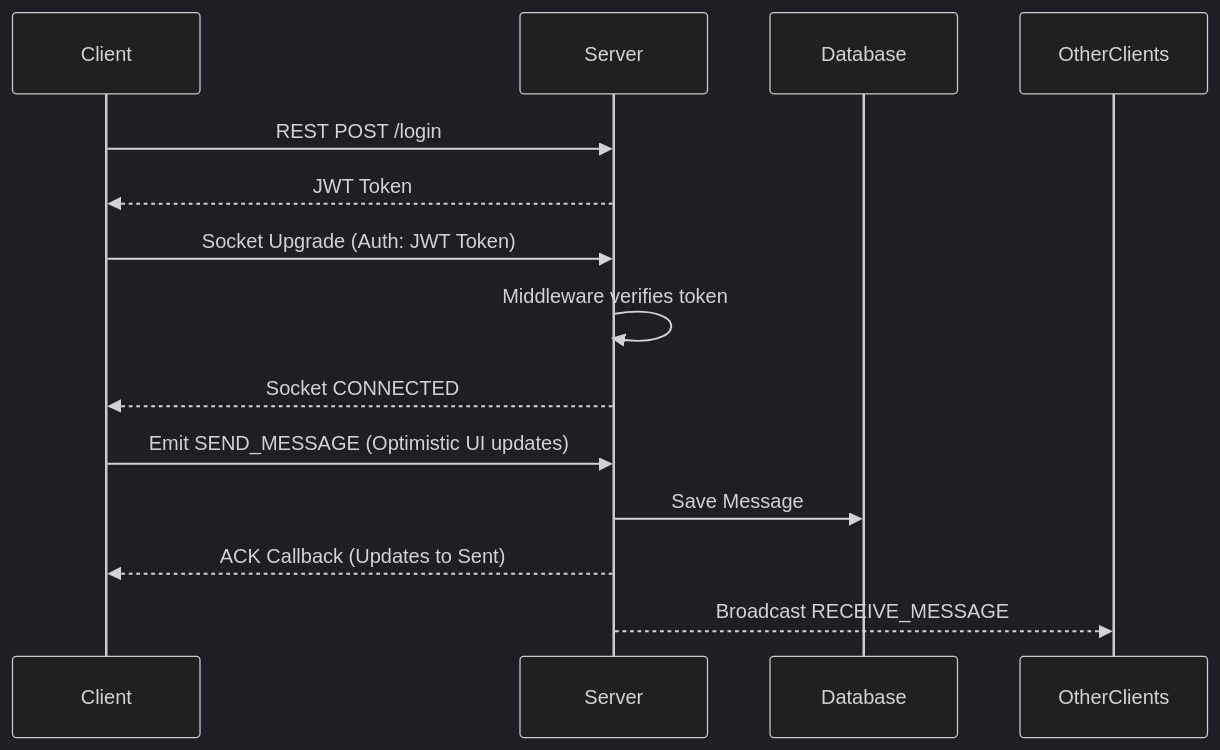
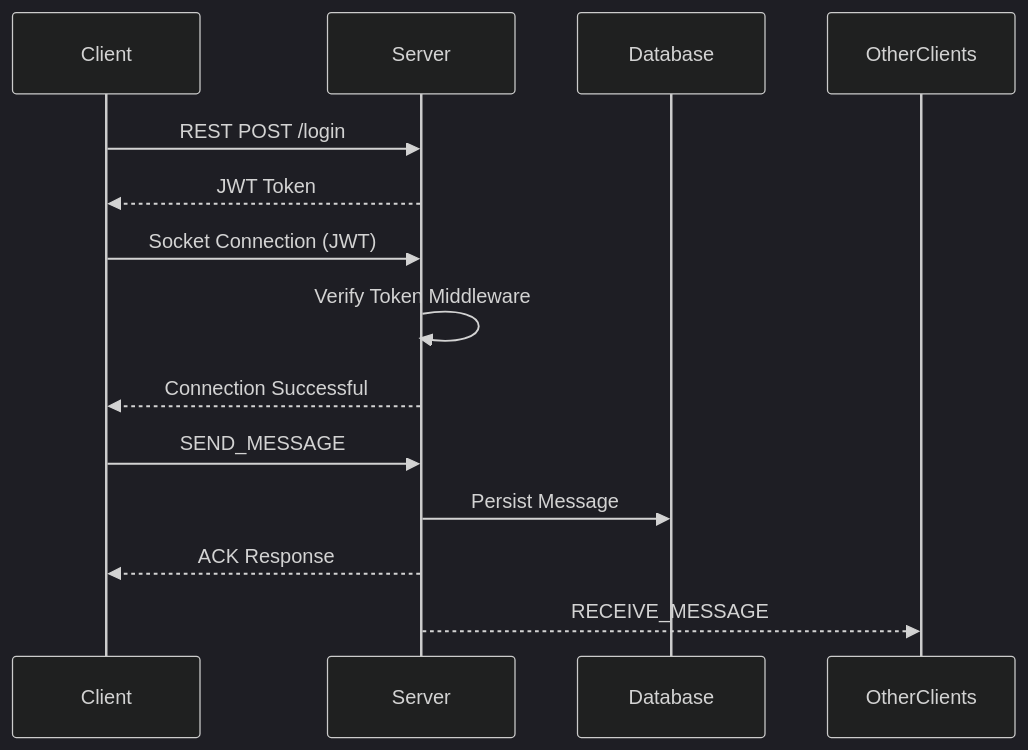
One commit to axizkhan/ChatApp changed the diagram in README.md. Above: the diagram before and after it, drawn with Mermaid (dark theme). The commit also changed other lines of this file, not shown here.

````diff
--- a/README.md
+++ b/README.md
@@ -56,18 +124,18 @@
 ```mermaid
 sequenceDiagram
     participant Client
     participant Server
     participant Database
 
     Client->>Server: REST POST /login
     Server-->>Client: JWT Token
 
-    Client->>Server: Socket Upgrade (Auth: JWT Token)
-    Server->>Server: Middleware verifies token
-    Server-->>Client: Socket CONNECTED
+    Client->>Server: Socket Connection (JWT)
+    Server->>Server: Verify Token Middleware
+    Server-->>Client: Connection Successful
 
-    Client->>Server: Emit SEND_MESSAGE (Optimistic UI updates)
-    Server->>Database: Save Message
-    Server-->>Client: ACK Callback (Updates to Sent)
-    Server-->>OtherClients: Broadcast RECEIVE_MESSAGE
+    Client->>Server: SEND_MESSAGE
+    Server->>Database: Persist Message
+    Server-->>Client: ACK Response
+    Server-->>OtherClients: RECEIVE_MESSAGE
 ```
````
